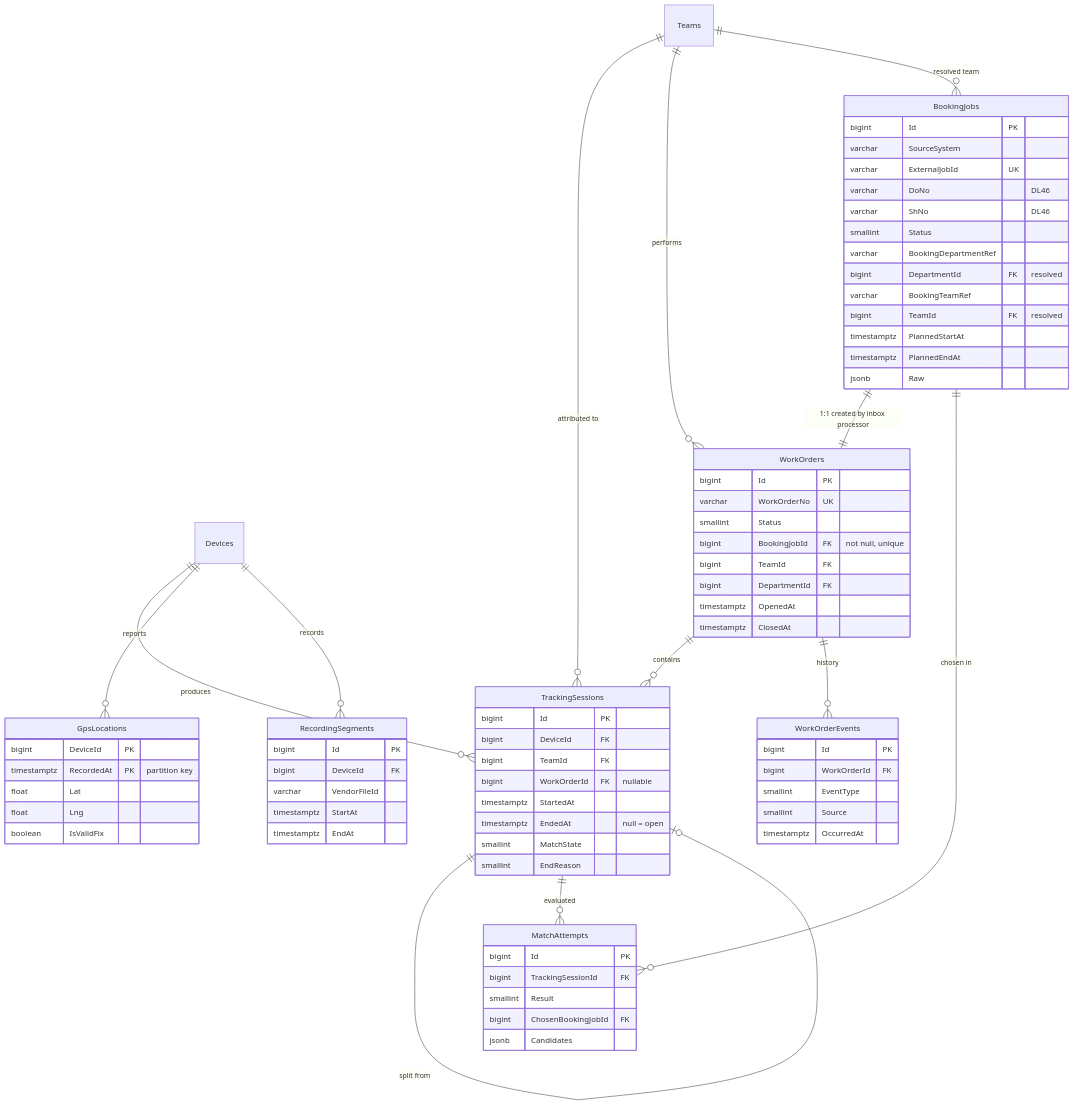
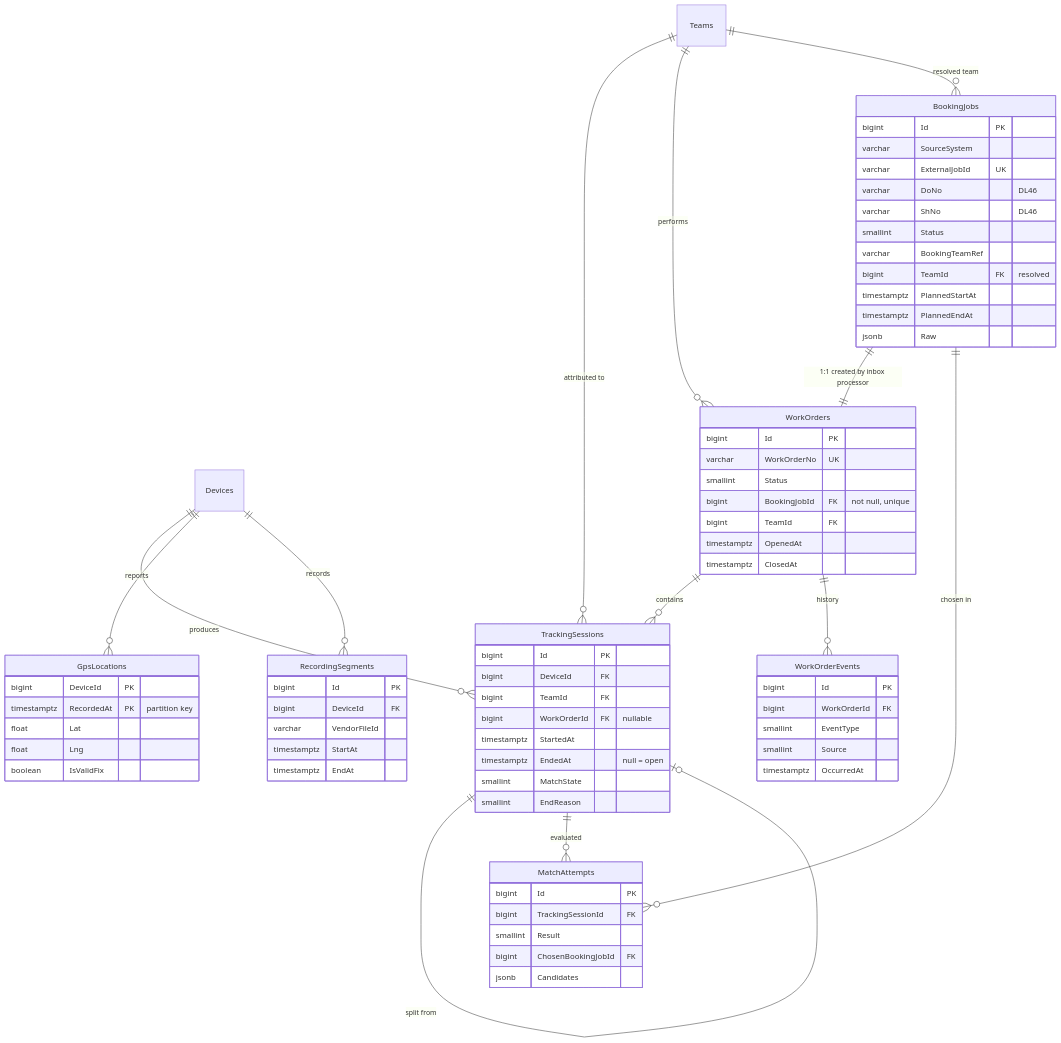
One commit to b-werayut/psd-bodycam-v1.0 changed the second of 3 diagrams in docs/blueprint/04-database-design.md. Above: the diagram before and after it, drawn with Mermaid. The commit also changed other lines of this file and 78 other files, not shown here.

````diff
--- a/docs/blueprint/04-database-design.md
+++ b/docs/blueprint/04-database-design.md
@@ -129,79 +116,76 @@
 ```mermaid
 erDiagram
   Devices ||--o{ TrackingSessions : produces
   Teams ||--o{ TrackingSessions : "attributed to"
   WorkOrders ||--o{ TrackingSessions : contains
   TrackingSessions ||--o| TrackingSessions : "split from"
   Teams ||--o{ WorkOrders : performs
   BookingJobs ||--|| WorkOrders : "1:1 created by inbox processor"
   WorkOrders ||--o{ WorkOrderEvents : history
   TrackingSessions ||--o{ MatchAttempts : evaluated
   BookingJobs ||--o{ MatchAttempts : "chosen in"
   Teams ||--o{ BookingJobs : "resolved team"
   Devices ||--o{ GpsLocations : reports
   Devices ||--o{ RecordingSegments : records
 
   TrackingSessions {
     bigint Id PK
     bigint DeviceId FK
     bigint TeamId FK
     bigint WorkOrderId FK "nullable"
     timestamptz StartedAt
     timestamptz EndedAt "null = open"
     smallint MatchState
     smallint EndReason
   }
   WorkOrders {
     bigint Id PK
     varchar WorkOrderNo UK
     smallint Status
     bigint BookingJobId FK "not null, unique"
     bigint TeamId FK
-    bigint DepartmentId FK
     timestamptz OpenedAt
     timestamptz ClosedAt
   }
   BookingJobs {
     bigint Id PK
     varchar SourceSystem
     varchar ExternalJobId UK
     varchar DoNo "DL46"
     varchar ShNo "DL46"
     smallint Status
-    varchar BookingDepartmentRef
-    bigint DepartmentId FK "resolved"
     varchar BookingTeamRef
     bigint TeamId FK "resolved"
     timestamptz PlannedStartAt
     timestamptz PlannedEndAt
     jsonb Raw
   }
   MatchAttempts {
     bigint Id PK
     bigint TrackingSessionId FK
     smallint Result
     bigint ChosenBookingJobId FK
     jsonb Candidates
   }
   WorkOrderEvents {
     bigint Id PK
     bigint WorkOrderId FK
     smallint EventType
     smallint Source
     timestamptz OccurredAt
   }
   GpsLocations {
     bigint DeviceId PK
     timestamptz RecordedAt PK "partition key"
     float Lat
     float Lng
     boolean IsValidFix
   }
   RecordingSegments {
     bigint Id PK
     bigint DeviceId FK
     varchar VendorFileId
     timestamptz StartAt
     timestamptz EndAt
   }
 ```
````
